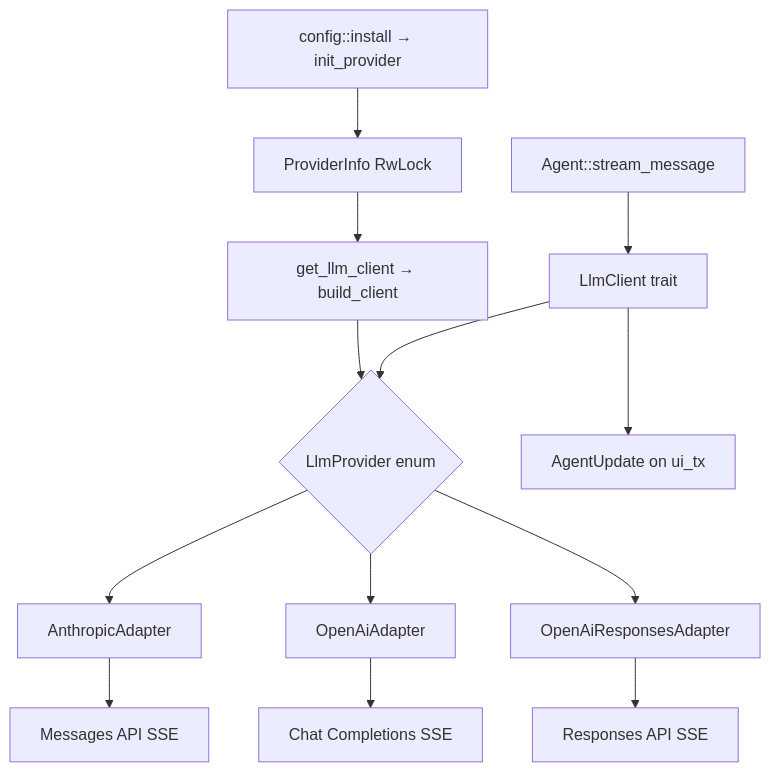
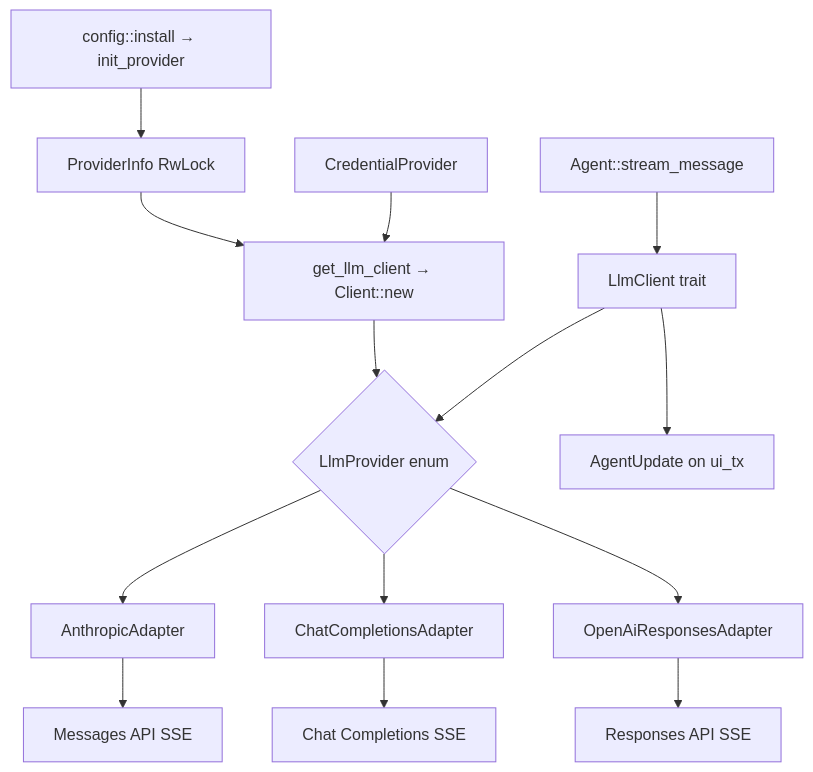
The first of 5 diagrams in book/22_chapter_llm_zh.md (rust-infra/tact), drawn with Mermaid before and after one commit. The commit also changed other lines of this file and 37 other files, not shown here.

Commit message:
feat(llm): provider anticorruption refactor, auth seam, and web search TUI

````diff
--- a/book/22_chapter_llm_zh.md
+++ b/book/22_chapter_llm_zh.md
@@ -15,15 +15,16 @@
 ```mermaid
 flowchart TB
     Config[config::install → init_provider] --> PI[ProviderInfo RwLock]
-    PI --> Build[get_llm_client → build_client]
+    PI --> Build[get_llm_client → Client::new]
+    Auth[CredentialProvider] --> Build
     Build --> LP{LlmProvider enum}
     LP --> Anthropic[AnthropicAdapter]
-    LP --> OpenAi[OpenAiAdapter]
+    LP --> ChatCompletions[ChatCompletionsAdapter]
     LP --> Responses[OpenAiResponsesAdapter]
     Anthropic --> API1[Messages API SSE]
-    OpenAi --> API2[Chat Completions SSE]
+    ChatCompletions --> API2[Chat Completions SSE]
     Responses --> API3[Responses API SSE]
     Agent[Agent::stream_message] --> LlmClient[LlmClient trait]
     LlmClient --> LP
     LlmClient --> TUI[AgentUpdate on ui_tx]
 ```
````
